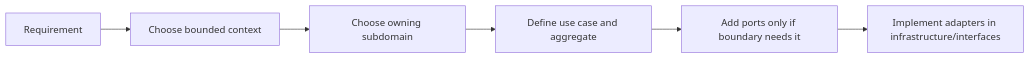
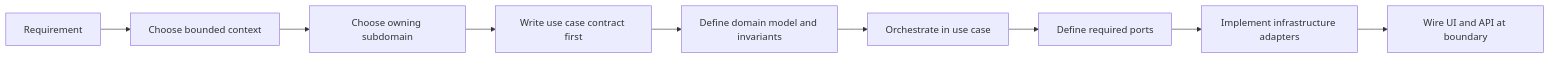
One commit to 122sp7/xuanwu-app changed the second of 2 diagrams in docs/bounded-context-subdomain-template.md. Above: the diagram before and after it, drawn with Mermaid. The commit also changed other lines of this file and 3 other files, not shown here.

````diff
--- a/docs/bounded-context-subdomain-template.md
+++ b/docs/bounded-context-subdomain-template.md
@@ -127,8 +156,11 @@
 ```mermaid
 flowchart LR
     Requirement["Requirement"] --> Context["Choose bounded context"]
     Context --> Subdomain["Choose owning subdomain"]
-    Subdomain --> UseCase["Define use case and aggregate"]
-    UseCase --> Ports["Add ports only if boundary needs it"]
-    Ports --> Adapters["Implement adapters in infrastructure/interfaces"]
+    Subdomain --> UseCase["Write use case contract first"]
+    UseCase --> Domain["Define domain model and invariants"]
+    Domain --> Application["Orchestrate in use case"]
+    Application --> Ports["Define required ports"]
+    Ports --> Infra["Implement infrastructure adapters"]
+    Infra --> Interface["Wire UI and API at boundary"]
 ```
````
